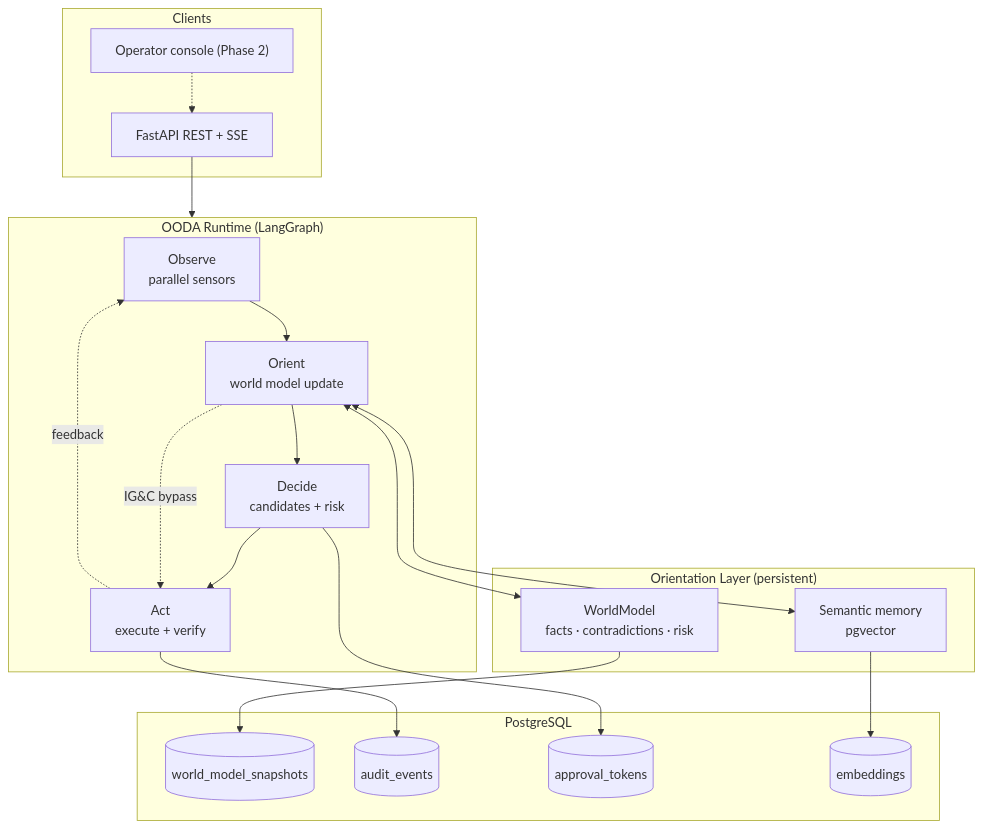
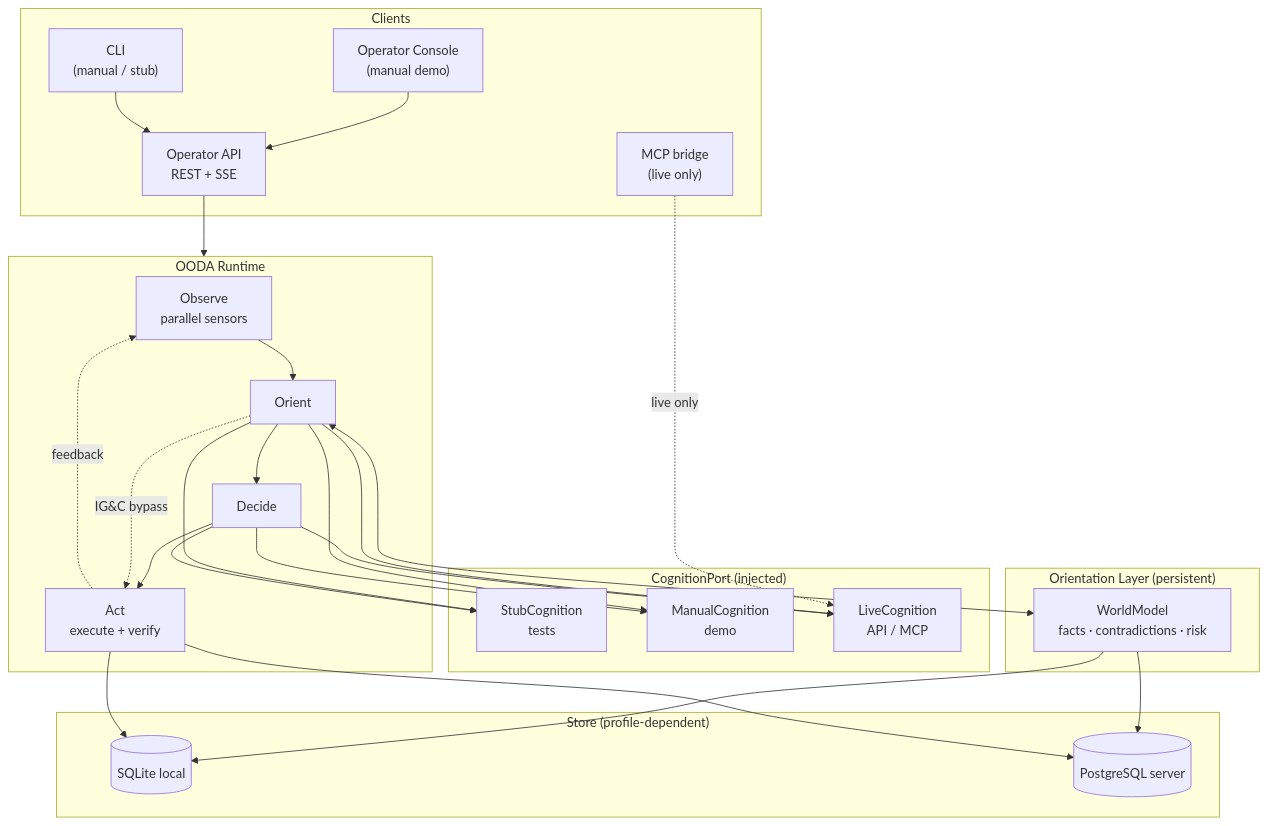
The first of 3 diagrams in docs/architecture.md (mowgli42/schwerpunkt), drawn with Mermaid before and after one commit. The commit also changed other lines of this file and 8 other files, not shown here.

First line of the commit message:
Define operator surfaces, run modes, and expanded beads roadmap

````diff
--- a/docs/architecture.md
+++ b/docs/architecture.md
@@ -7,38 +33,44 @@
 ```mermaid
 flowchart TB
   subgraph Clients["Clients"]
-    API["FastAPI REST + SSE"]
-    Console["Operator console (Phase 2)"]
+    Console["Operator Console\n(manual demo)"]
+    CLI["CLI\n(manual / stub)"]
+    API["Operator API\nREST + SSE"]
+    MCP["MCP bridge\n(live only)"]
   end
 
-  subgraph Runtime["OODA Runtime (LangGraph)"]
+  subgraph Runtime["OODA Runtime"]
     OBS["Observe\nparallel sensors"]
-    ORI["Orient\nworld model update"]
-    DEC["Decide\ncandidates + risk"]
+    ORI["Orient"]
+    DEC["Decide"]
     ACT["Act\nexecute + verify"]
     OBS --> ORI --> DEC --> ACT
     ACT -.->|feedback| OBS
     ORI -.->|IG&C bypass| ACT
   end
 
+  subgraph Cognition["CognitionPort (injected)"]
+    STUB["StubCognition\ntests"]
+    MAN["ManualCognition\ndemo"]
+    LIVE["LiveCognition\nAPI / MCP"]
+  end
+
   subgraph Schwerpunkt["Orientation Layer (persistent)"]
     WM["WorldModel\nfacts · contradictions · risk"]
-    MEM["Semantic memory\npgvector"]
   end
 
-  subgraph Data["PostgreSQL"]
-    WMDB[(world_model_snapshots)]
-    AUD[(audit_events)]
-    TOK[(approval_tokens)]
-    VEC[(embeddings)]
+  subgraph Data["Store (profile-dependent)"]
+    SQL[(SQLite local)]
+    PG[(PostgreSQL server)]
   end
 
+  Console --> API
+  CLI --> API
+  MCP -.->|live only| LIVE
   API --> Runtime
-  Console -.-> API
+  ORI --> STUB & MAN & LIVE
+  DEC --> STUB & MAN & LIVE
   ORI <--> WM
-  ORI <--> MEM
-  WM --> WMDB
-  ACT --> AUD
-  DEC --> TOK
-  MEM --> VEC
+  WM --> SQL & PG
+  ACT --> SQL & PG
 ```
````
